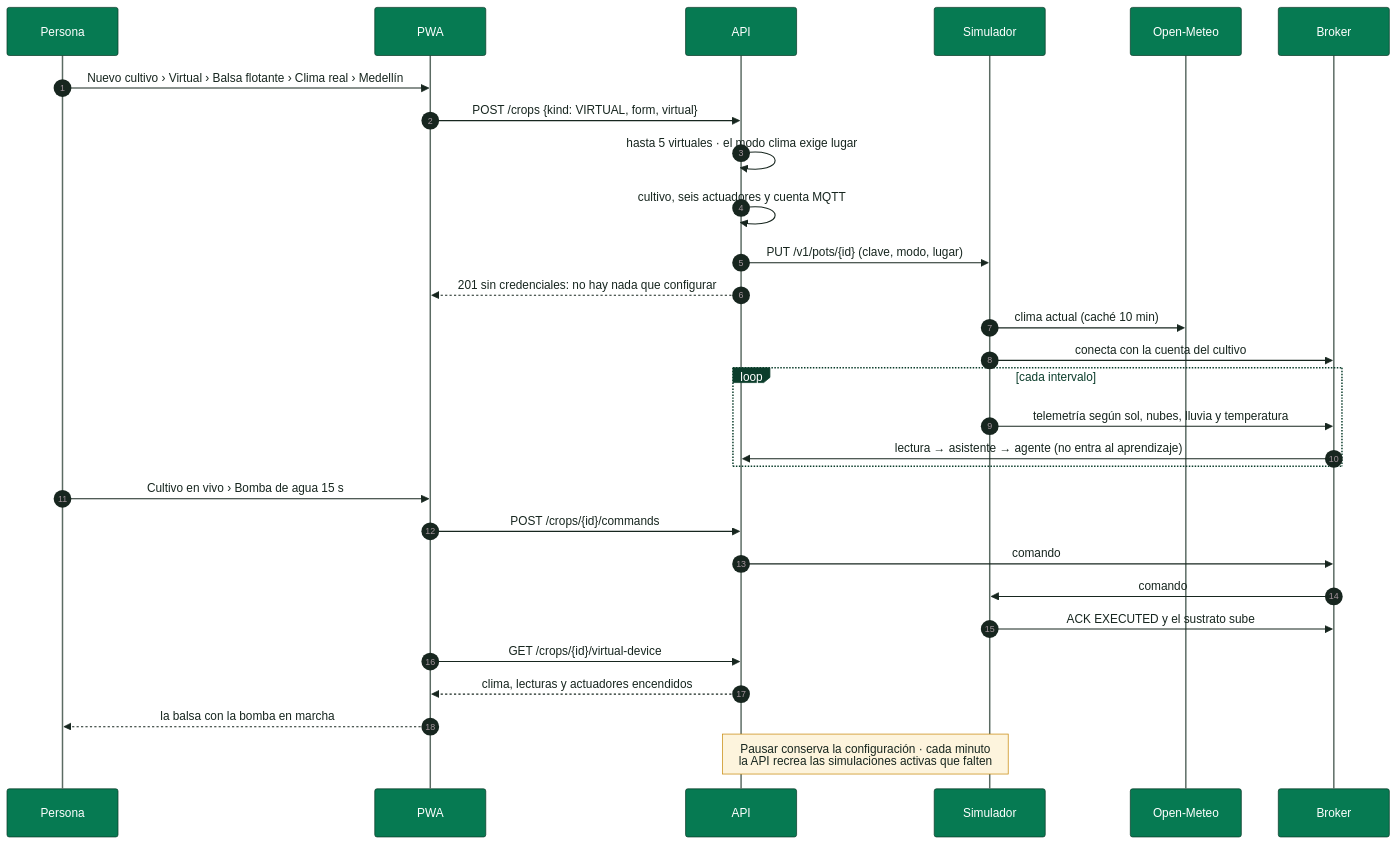
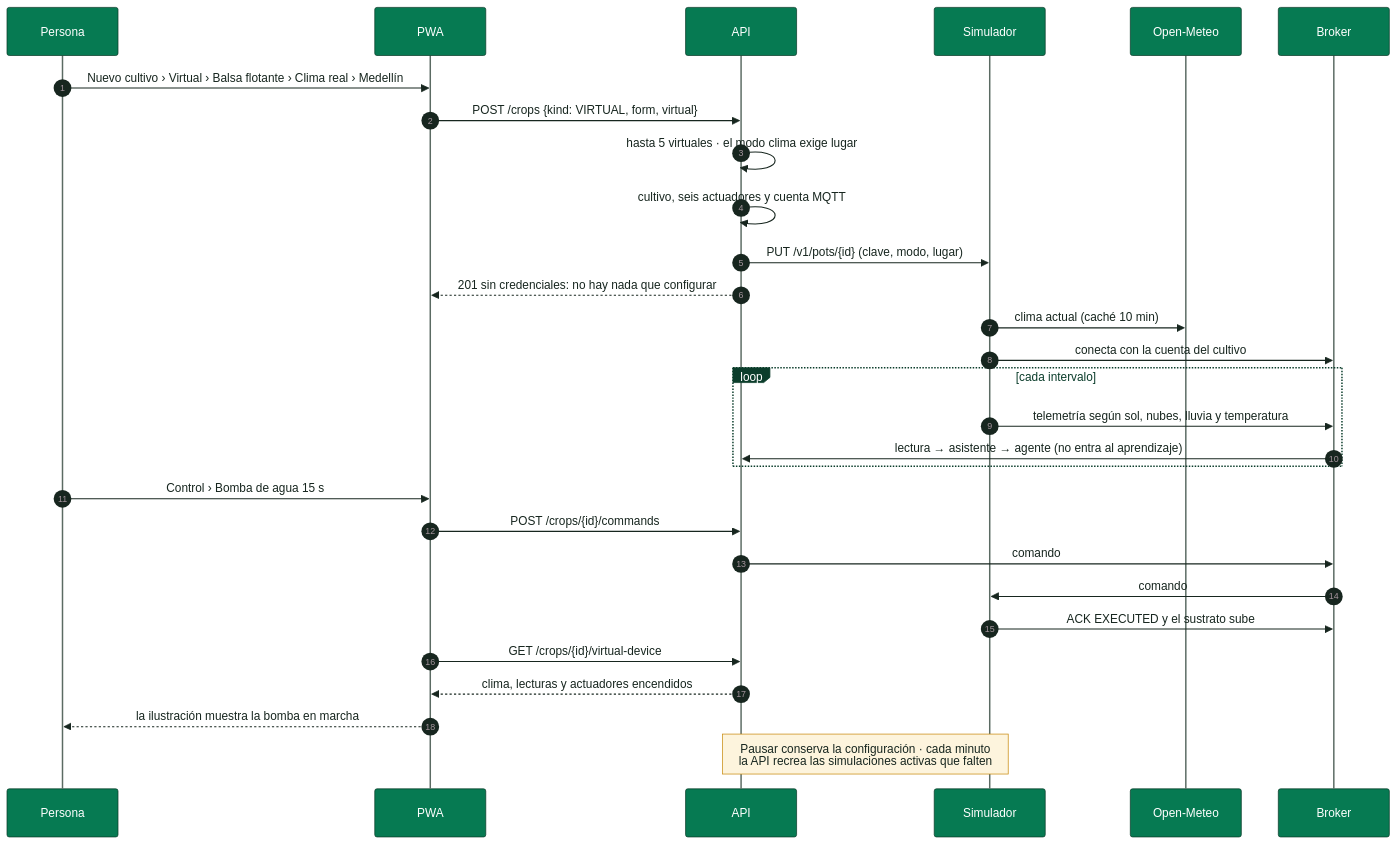
Before and after one commit to SmartPotTech/.github: the diagram in docs/diagrams/SmartPot_15_Virtual_Crop_Sequence.mmd, drawn with Mermaid.

Commit message:
Send orders from Control in the virtual crop sequence

```diff
--- a/docs/diagrams/SmartPot_15_Virtual_Crop_Sequence.mmd
+++ b/docs/diagrams/SmartPot_15_Virtual_Crop_Sequence.mmd
@@ -1,30 +1,30 @@
 %%{init: {"theme": "base", "fontFamily": "Segoe UI, Arial, sans-serif", "themeVariables": {"fontFamily": "Segoe UI, Arial, sans-serif", "fontSize": "15px", "primaryColor": "#DDF5EA", "primaryTextColor": "#17261F", "primaryBorderColor": "#067A52", "secondaryColor": "#E3F2FB", "secondaryTextColor": "#17261F", "secondaryBorderColor": "#1F6FA0", "tertiaryColor": "#F2F7F4", "tertiaryTextColor": "#17261F", "tertiaryBorderColor": "#D5E3DC", "lineColor": "#5B6B63", "textColor": "#17261F", "mainBkg": "#DDF5EA", "nodeBorder": "#067A52", "clusterBkg": "#F7FAF8", "clusterBorder": "#D5E3DC", "edgeLabelBackground": "#FFFFFF", "actorBkg": "#067A52", "actorBorder": "#0B3D2B", "actorTextColor": "#FFFFFF", "actorLineColor": "#5B6B63", "signalColor": "#17261F", "signalTextColor": "#17261F", "labelBoxBkgColor": "#0B3D2B", "labelBoxBorderColor": "#0B3D2B", "labelTextColor": "#FFFFFF", "loopTextColor": "#0B3D2B", "noteBkgColor": "#FDF4DD", "noteBorderColor": "#C98D12", "noteTextColor": "#17261F", "activationBkgColor": "#DDF5EA", "activationBorderColor": "#067A52", "attributeBackgroundColorOdd": "#FFFFFF", "attributeBackgroundColorEven": "#F2F7F4"}}}%%
 sequenceDiagram
   autonumber
   participant P as Persona
   participant W as PWA
   participant A as API
   participant S as Simulador
   participant O as Open-Meteo
   participant B as Broker
   P->>W: Nuevo cultivo › Virtual › Balsa flotante › Clima real › Medellín
   W->>A: POST /crops {kind: VIRTUAL, form, virtual}
   A->>A: hasta 5 virtuales · el modo clima exige lugar
   A->>A: cultivo, seis actuadores y cuenta MQTT
   A->>S: PUT /v1/pots/{id} (clave, modo, lugar)
   A-->>W: 201 sin credenciales: no hay nada que configurar
   S->>O: clima actual (caché 10 min)
   S->>B: conecta con la cuenta del cultivo
   loop cada intervalo
     S->>B: telemetría según sol, nubes, lluvia y temperatura
     B->>A: lectura → asistente → agente (no entra al aprendizaje)
   end
-  P->>W: Cultivo en vivo › Bomba de agua 15 s
+  P->>W: Control › Bomba de agua 15 s
   W->>A: POST /crops/{id}/commands
   A->>B: comando
   B->>S: comando
   S->>B: ACK EXECUTED y el sustrato sube
   W->>A: GET /crops/{id}/virtual-device
   A-->>W: clima, lecturas y actuadores encendidos
-  W-->>P: la balsa con la bomba en marcha
+  W-->>P: la ilustración muestra la bomba en marcha
   Note over A,S: Pausar conserva la configuración · cada minuto<br/>la API recrea las simulaciones activas que falten
```
